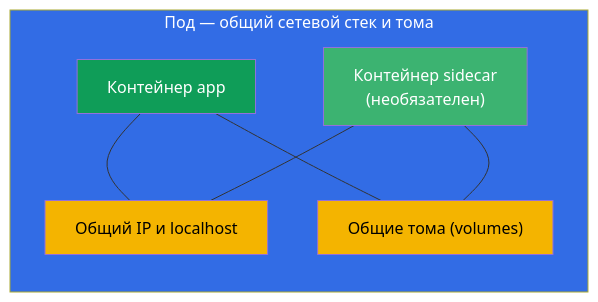
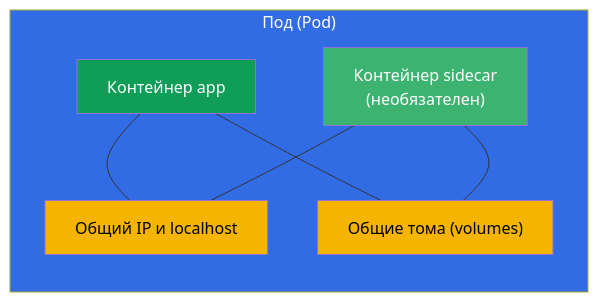
The first of 5 diagrams in tasks/cka/course/04/ru.md (ViktorUJ/cks), drawn with Mermaid before and after one commit. The commit also changed other lines of this file and 10 other files, not shown here.

````diff
--- a/tasks/cka/course/04/ru.md
+++ b/tasks/cka/course/04/ru.md
@@ -17,19 +17,19 @@
 ```mermaid
 flowchart TB
-    subgraph Pod["Под — общий сетевой стек и тома"]
+    subgraph Pod["Под (Pod)"]
         direction TB
         c1["Контейнер app"] 
         c2["Контейнер sidecar<br>(необязателен)"]
         net["Общий IP и localhost"]
         vol["Общие тома (volumes)"]
         c1 --- net
         c2 --- net
         c1 --- vol
         c2 --- vol
     end
     style Pod fill:#326ce5,color:#fff
     style c1 fill:#0f9d58,color:#fff
     style c2 fill:#3cb371,color:#fff
     style net fill:#f4b400,color:#000
     style vol fill:#f4b400,color:#000
 ```
````
